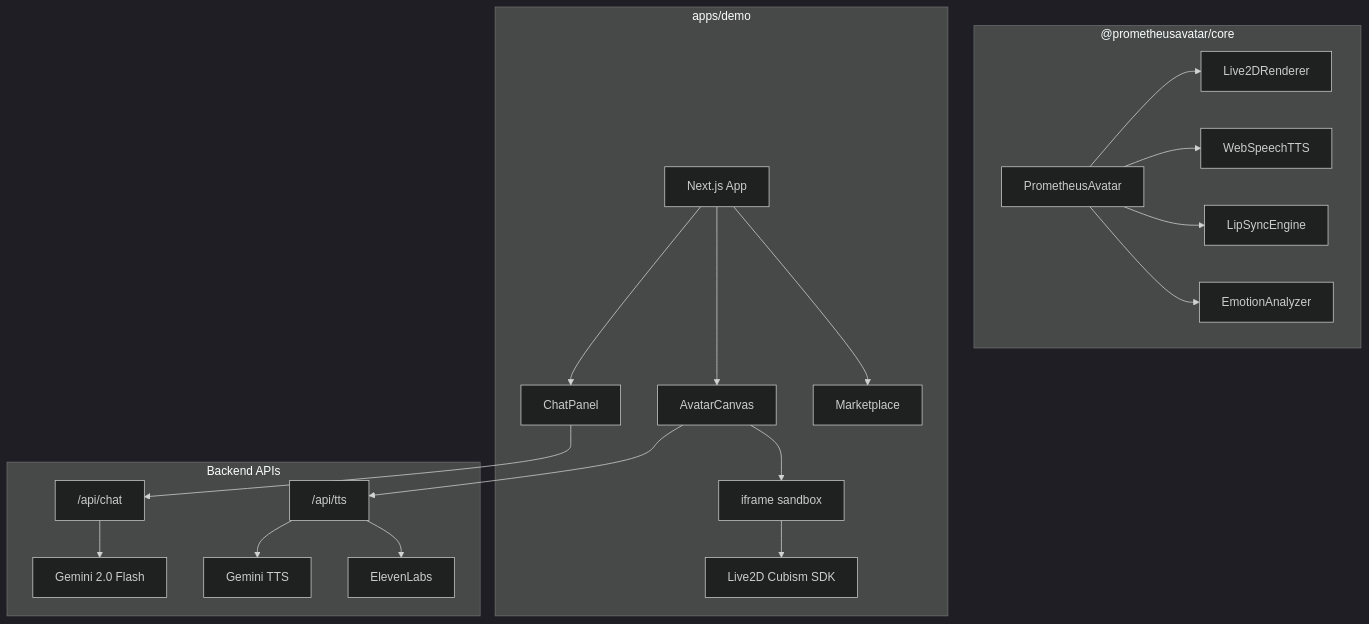
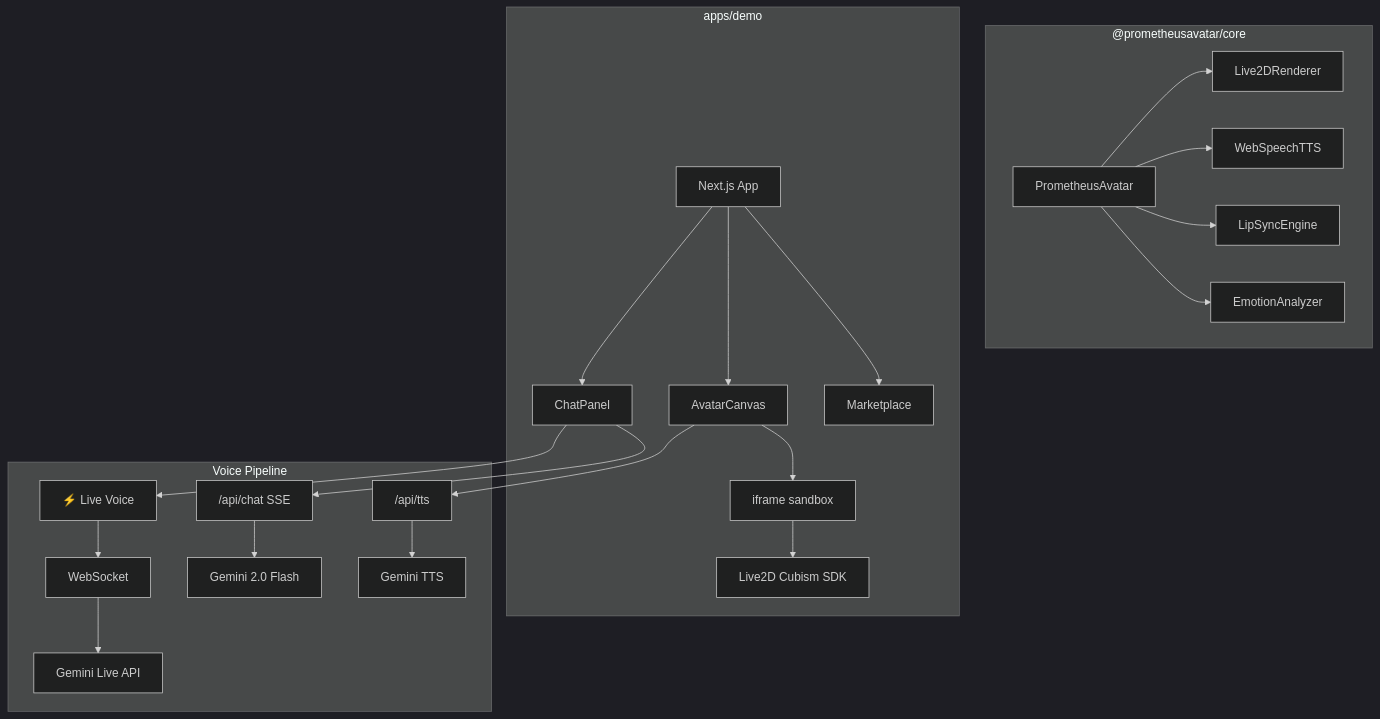
One commit to myths-labs/prometheus-avatar changed the diagram in README.md. Above: the diagram before and after it, drawn with Mermaid (dark theme). The commit also changed other lines of this file, not shown here.

Commit message:
docs: README bilingual rewrite — v0.8.0, Live Voice, updated architecture + URLs

````diff
--- a/README.md
+++ b/README.md
@@ -84,26 +87,28 @@
 ```mermaid
 graph TB
     subgraph SDK["@prometheusavatar/core"]
         PA[PrometheusAvatar] --> R[Live2DRenderer]
         PA --> TTS[WebSpeechTTS]
         PA --> LS[LipSyncEngine]
         PA --> EA[EmotionAnalyzer]
     end
 
     subgraph Demo["apps/demo"]
         NX[Next.js App] --> AC[AvatarCanvas]
         NX --> CP[ChatPanel]
         NX --> MP[Marketplace]
         AC --> IF["iframe sandbox"]
         IF --> L2D[Live2D Cubism SDK]
     end
 
-    subgraph APIs["Backend APIs"]
-        CHAT["/api/chat"] --> GEM[Gemini 2.0 Flash]
-        TTSR["/api/tts"] --> GTTS[Gemini TTS]
-        TTSR --> EL[ElevenLabs]
+    subgraph Voice["Voice Pipeline"]
+        LIVE["⚡ Live Voice"] --> WS["WebSocket"]
+        WS --> GLIVE["Gemini Live API"]
+        CHAT["/api/chat SSE"] --> GEM["Gemini 2.0 Flash"]
+        TTSR["/api/tts"] --> GTTS["Gemini TTS"]
     end
 
+    CP --> LIVE
     CP --> CHAT
     AC --> TTSR
 ```
````
